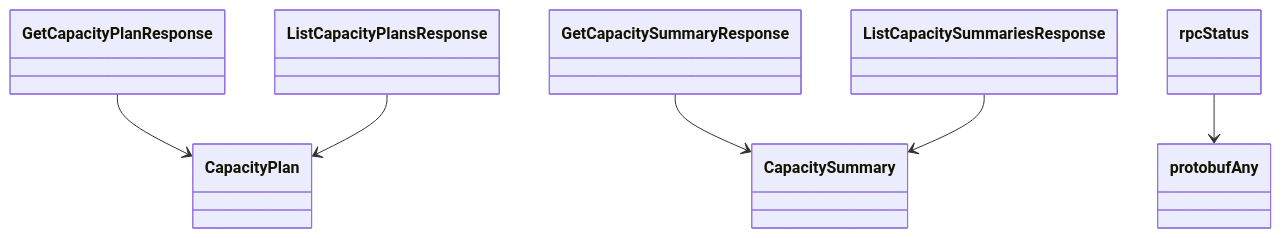
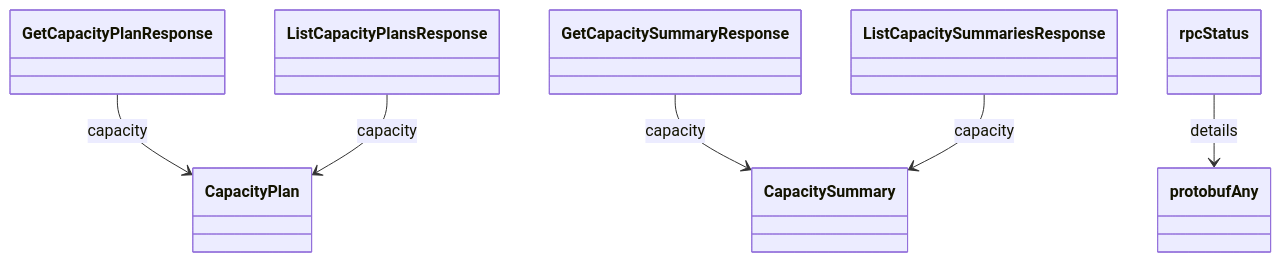
The tenth of 10 diagrams in docs/sphinx/services/capacity_plan.md (alexdearaujo/community_sdk_python), drawn with Mermaid before and after one commit. The commit also changed other lines of this file and 129 other files, not shown here.

````diff
--- a/docs/sphinx/services/capacity_plan.md
+++ b/docs/sphinx/services/capacity_plan.md
@@ -321,16 +342,16 @@
 ```mermaid
 classDiagram
     class CapacityPlan
     class CapacitySummary
     class GetCapacityPlanResponse
     class GetCapacitySummaryResponse
     class ListCapacityPlansResponse
     class ListCapacitySummariesResponse
     class protobufAny
     class rpcStatus
-    GetCapacityPlanResponse --> CapacityPlan
-    GetCapacitySummaryResponse --> CapacitySummary
-    ListCapacityPlansResponse --> CapacityPlan
-    ListCapacitySummariesResponse --> CapacitySummary
-    rpcStatus --> protobufAny
+    GetCapacityPlanResponse --> CapacityPlan : capacity
+    GetCapacitySummaryResponse --> CapacitySummary : capacity
+    ListCapacityPlansResponse --> CapacityPlan : capacity
+    ListCapacitySummariesResponse --> CapacitySummary : capacity
+    rpcStatus --> protobufAny : details
 ```
````
